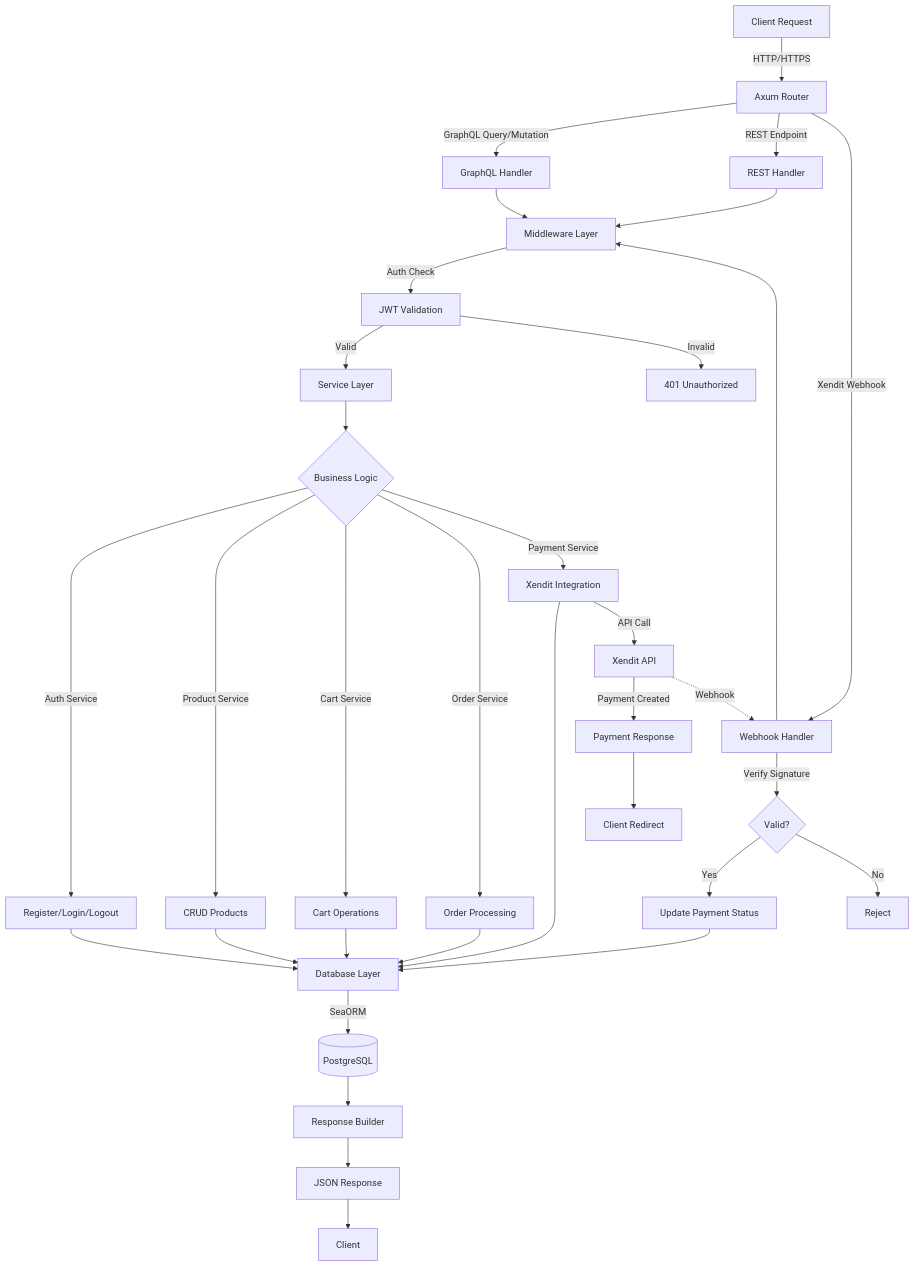
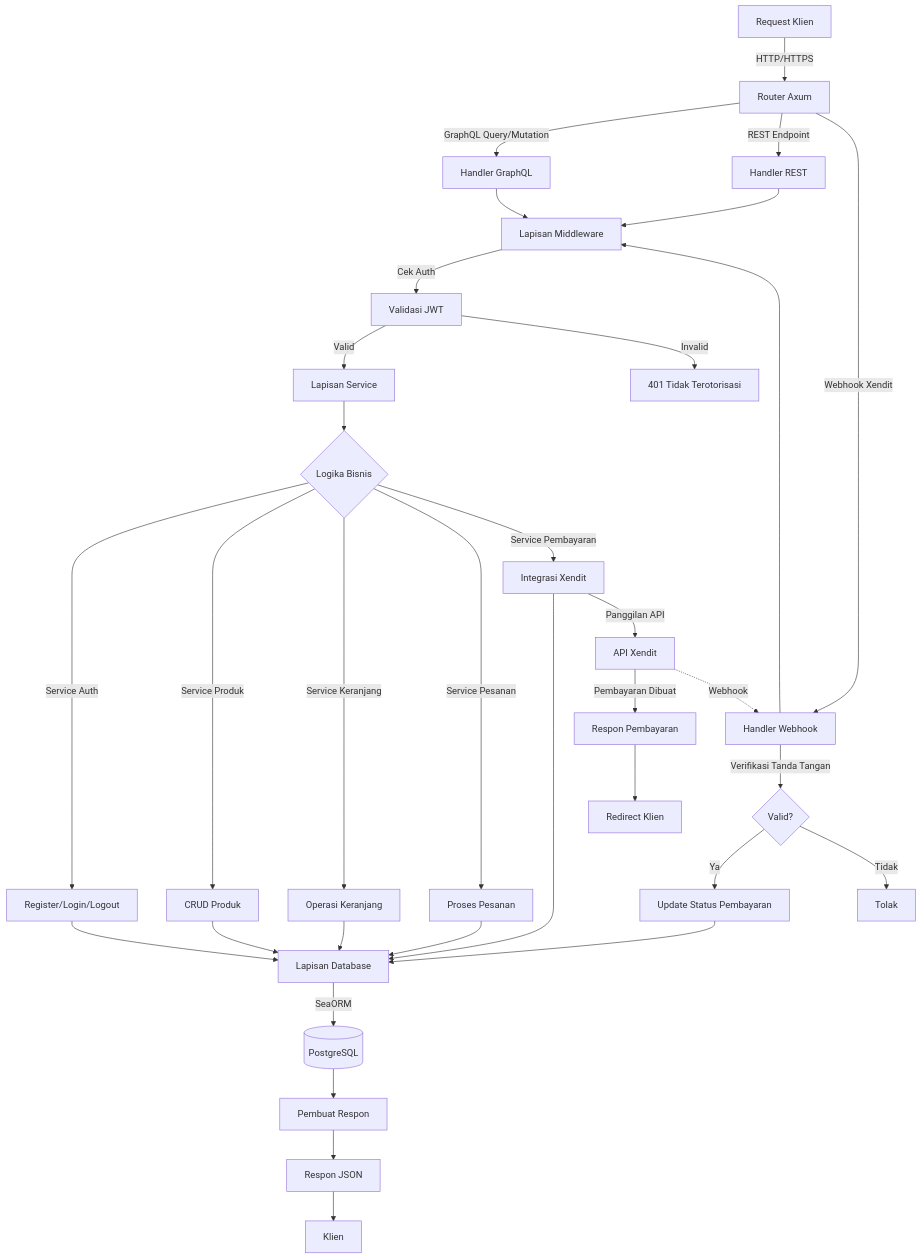
Before and after one commit to Gilbertt1214/be-toko-online-rust: the first of 4 diagrams in README.md, drawn with Mermaid. The commit also changed other lines of this file, not shown here.

````diff
--- a/README.md
+++ b/README.md
@@ -371,45 +371,45 @@
 ```mermaid
 graph TB
-    A[Client Request] -->|HTTP/HTTPS| B[Axum Router]
-    B -->|GraphQL Query/Mutation| C[GraphQL Handler]
-    B -->|REST Endpoint| D[REST Handler]
-    B -->|Xendit Webhook| E[Webhook Handler]
+    A[Request Klien] -->|HTTP/HTTPS| B[Router Axum]
+    B -->|GraphQL Query/Mutation| C[Handler GraphQL]
+    B -->|REST Endpoint| D[Handler REST]
+    B -->|Webhook Xendit| E[Handler Webhook]
     
-    C --> F[Middleware Layer]
+    C --> F[Lapisan Middleware]
     D --> F
     E --> F
     
-    F -->|Auth Check| G[JWT Validation]
-    G -->|Valid| H[Service Layer]
-    G -->|Invalid| Z[401 Unauthorized]
+    F -->|Cek Auth| G[Validasi JWT]
+    G -->|Valid| H[Lapisan Service]
+    G -->|Invalid| Z[401 Tidak Terotorisasi]
     
-    H --> I{Business Logic}
+    H --> I{Logika Bisnis}
     
-    I -->|Auth Service| J[Register/Login/Logout]
-    I -->|Product Service| K[CRUD Products]
-    I -->|Cart Service| L[Cart Operations]
-    I -->|Order Service| M[Order Processing]
-    I -->|Payment Service| N[Xendit Integration]
+    I -->|Service Auth| J[Register/Login/Logout]
+    I -->|Service Produk| K[CRUD Produk]
+    I -->|Service Keranjang| L[Operasi Keranjang]
+    I -->|Service Pesanan| M[Proses Pesanan]
+    I -->|Service Pembayaran| N[Integrasi Xendit]
     
-    J --> O[Database Layer]
+    J --> O[Lapisan Database]
     K --> O
     L --> O
     M --> O
     N --> O
     
     O -->|SeaORM| P[(PostgreSQL)]
     
-    N -->|API Call| Q[Xendit API]
-    Q -->|Payment Created| R[Payment Response]
-    R --> S[Client Redirect]
+    N -->|Panggilan API| Q[API Xendit]
+    Q -->|Pembayaran Dibuat| R[Respon Pembayaran]
+    R --> S[Redirect Klien]
     
     Q -.->|Webhook| E
-    E -->|Verify Signature| T{Valid?}
-    T -->|Yes| U[Update Payment Status]
-    T -->|No| V[Reject]
+    E -->|Verifikasi Tanda Tangan| T{Valid?}
+    T -->|Ya| U[Update Status Pembayaran]
+    T -->|Tidak| V[Tolak]
     U --> O
     
-    P --> W[Response Builder]
-    W --> X[JSON Response]
-    X --> Y[Client]
+    P --> W[Pembuat Respon]
+    W --> X[Respon JSON]
+    X --> Y[Klien]
 ```
````
